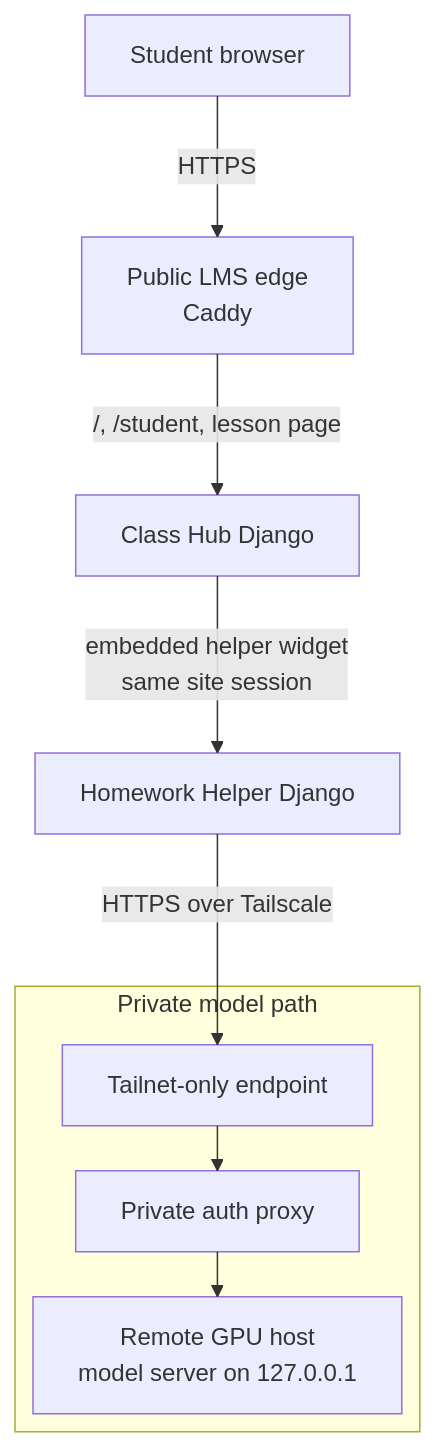
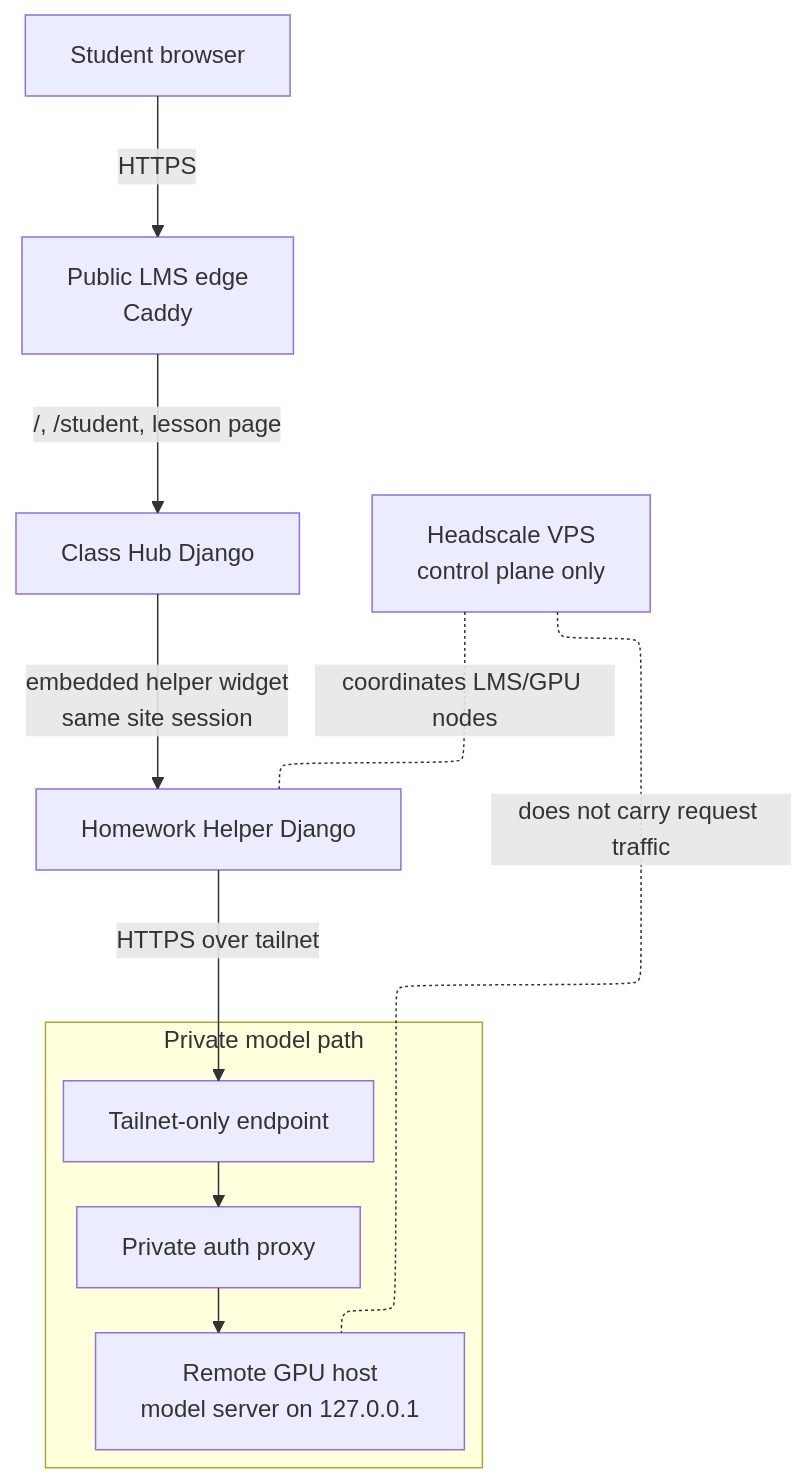
One commit to bseverns/classhub changed the second of 6 diagrams in docs/ARCHITECTURE.md. Above: the diagram before and after it, drawn with Mermaid. The commit also changed other lines of this file and 51 other files, not shown here.

````diff
--- a/docs/ARCHITECTURE.md
+++ b/docs/ARCHITECTURE.md
@@ -31,17 +35,21 @@
 ```mermaid
 %%{init: {"flowchart": {"nodeSpacing": 18, "rankSpacing": 20, "defaultRenderer": "elk"}}}%%
 flowchart TB
   S[Student browser] -->|HTTPS| E[Public LMS edge<br/>Caddy]
   E -->|/, /student, lesson page| CH[Class Hub Django]
   CH -->|embedded helper widget<br/>same site session| HH[Homework Helper Django]
 
   subgraph PRIVATE["Private model path"]
     direction TB
     TS[Tailnet-only endpoint]
     AP[Private auth proxy]
     GPU[Remote GPU host<br/>model server on 127.0.0.1]
     TS --> AP --> GPU
   end
 
-  HH -->|HTTPS over Tailscale| TS
+  HS[Headscale VPS<br/>control plane only]
+
+  HH -->|HTTPS over tailnet| TS
+  HS -. coordinates LMS/GPU nodes .- HH
+  HS -. does not carry request traffic .- GPU
 ```
````
